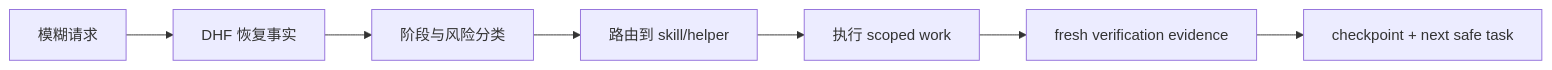
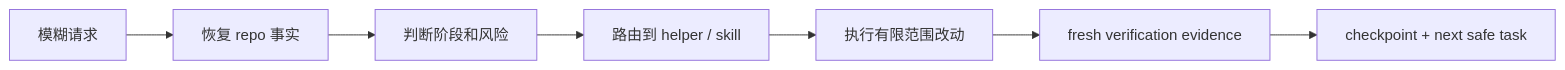
Before and after one commit to bryanzk/MyCodexEnv: the first of 8 diagrams in docs/delivery-harness-framework-manual-cn.md, drawn with Mermaid. The commit also changed other lines of this file and 2 other files, not shown here.

Commit message:
Rewrite DHF manual for clearer PM-facing structure

````diff
--- a/docs/delivery-harness-framework-manual-cn.md
+++ b/docs/delivery-harness-framework-manual-cn.md
@@ -68,9 +108,9 @@
 ```mermaid
 flowchart LR
-  A["模糊请求"] --> B["DHF 恢复事实"]
-  B --> C["阶段与风险分类"]
-  C --> D["路由到 skill/helper"]
-  D --> E["执行 scoped work"]
+  A["模糊请求"] --> B["恢复 repo 事实"]
+  B --> C["判断阶段和风险"]
+  C --> D["路由到 helper / skill"]
+  D --> E["执行有限范围改动"]
   E --> F["fresh verification evidence"]
   F --> G["checkpoint + next safe task"]
 ```
````
